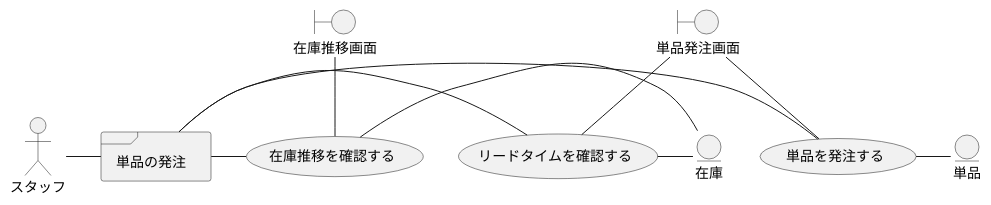
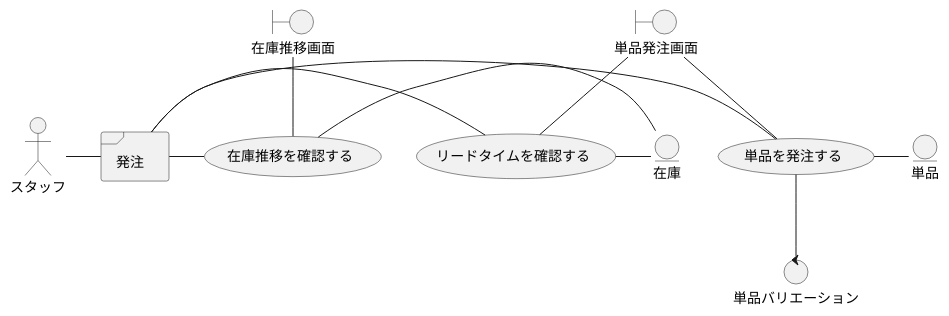
Before and after one commit to k2works/application_programing_excercise_2022: diagram 24 of 38 in docs/index.adoc, drawn with PlantUML. The commit also changed other lines of this file, not shown here.

Commit message:
docs: ユースケース複合図

```diff
--- a/docs/index.adoc
+++ b/docs/index.adoc
@@ -781,24 +825,26 @@
 [plantuml]
 ----
 @startuml
 actor "スタッフ" as ac_01
-frame "単品の発注" as f01
+frame "発注" as f01
 usecase "在庫推移を確認する" as UC1
 usecase "単品を発注する" as UC2
 usecase "リードタイムを確認する" as UC3
 boundary "在庫推移画面" as b01
 boundary "単品発注画面" as b02
 entity "在庫" as e01
 entity "単品" as e02
+control "単品バリエーション" as c01
 
 ac_01 - f01
 f01 - UC1
 f01 - UC2
 f01 - UC3
 b01 -- UC1
 b02 -- UC2
 b02 -- UC3
 UC1 - e01
 UC2 - e02
 UC3 - e01
+UC2 -- c01
 ----
```
